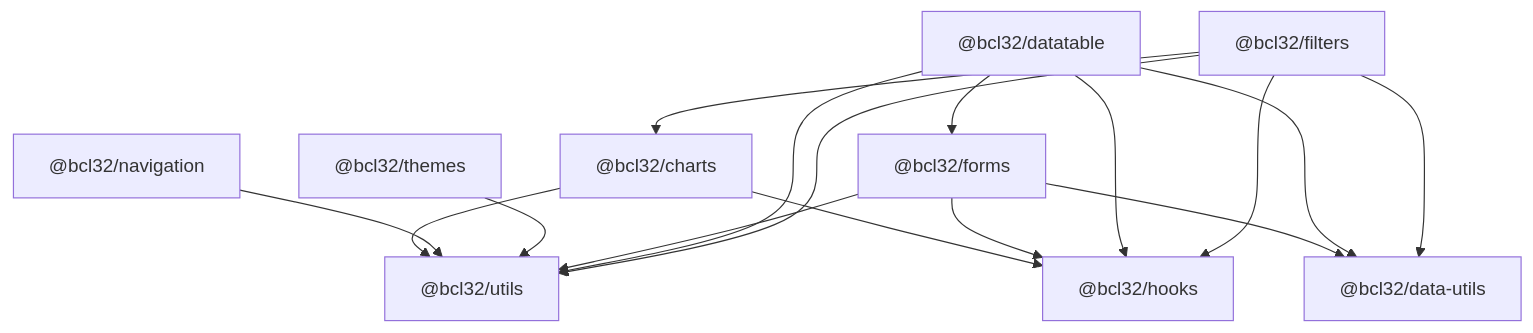
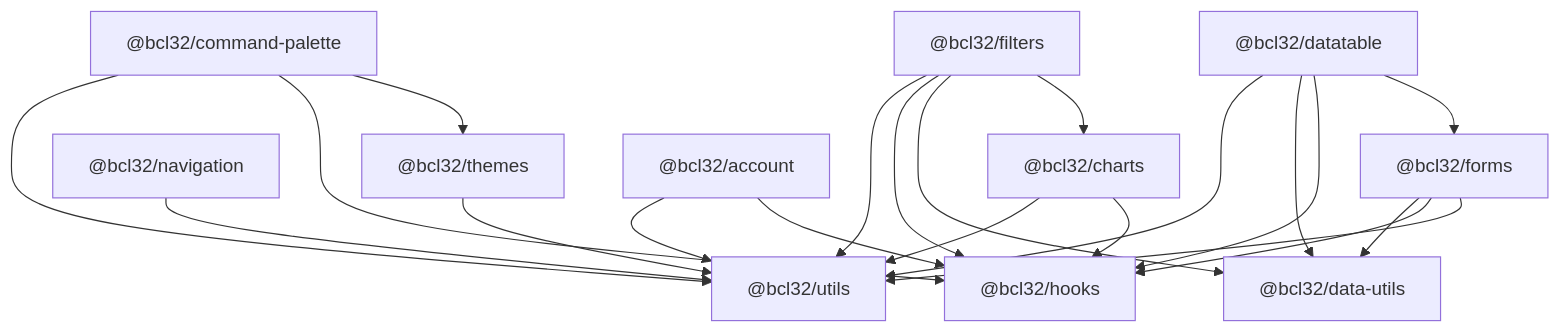
The diagram in docs/00-OVERVIEW.md (Bcl32/React_Packages), drawn with Mermaid before and after one commit. The commit also changed other lines of this file and 28 other files, not shown here.

````diff
--- a/docs/00-OVERVIEW.md
+++ b/docs/00-OVERVIEW.md
@@ -44,38 +44,47 @@
 ```mermaid
 graph TD
     %% Foundational (Tier 0)
     utils["@bcl32/utils"]
     dataUtils["@bcl32/data-utils"]
     hooks["@bcl32/hooks"]
 
     %% Mid (Tier 1)
     charts["@bcl32/charts"]
     navigation["@bcl32/navigation"]
     themes["@bcl32/themes"]
 
     %% Composite (Tier 2)
     forms["@bcl32/forms"]
     datatable["@bcl32/datatable"]
     filters["@bcl32/filters"]
+    commandPalette["@bcl32/command-palette"]
+    account["@bcl32/account"]
 
     %% Edges
     charts --> utils
     charts --> hooks
 
     navigation --> utils
     themes --> utils
 
     forms --> dataUtils
     forms --> hooks
     forms --> utils
 
     datatable --> utils
     datatable --> dataUtils
     datatable --> hooks
     datatable --> forms
 
     filters --> utils
     filters --> hooks
     filters --> dataUtils
     filters --> charts
+
+    commandPalette --> utils
+    commandPalette --> hooks
+    commandPalette --> themes
+
+    account --> utils
+    account --> hooks
 ```
````
